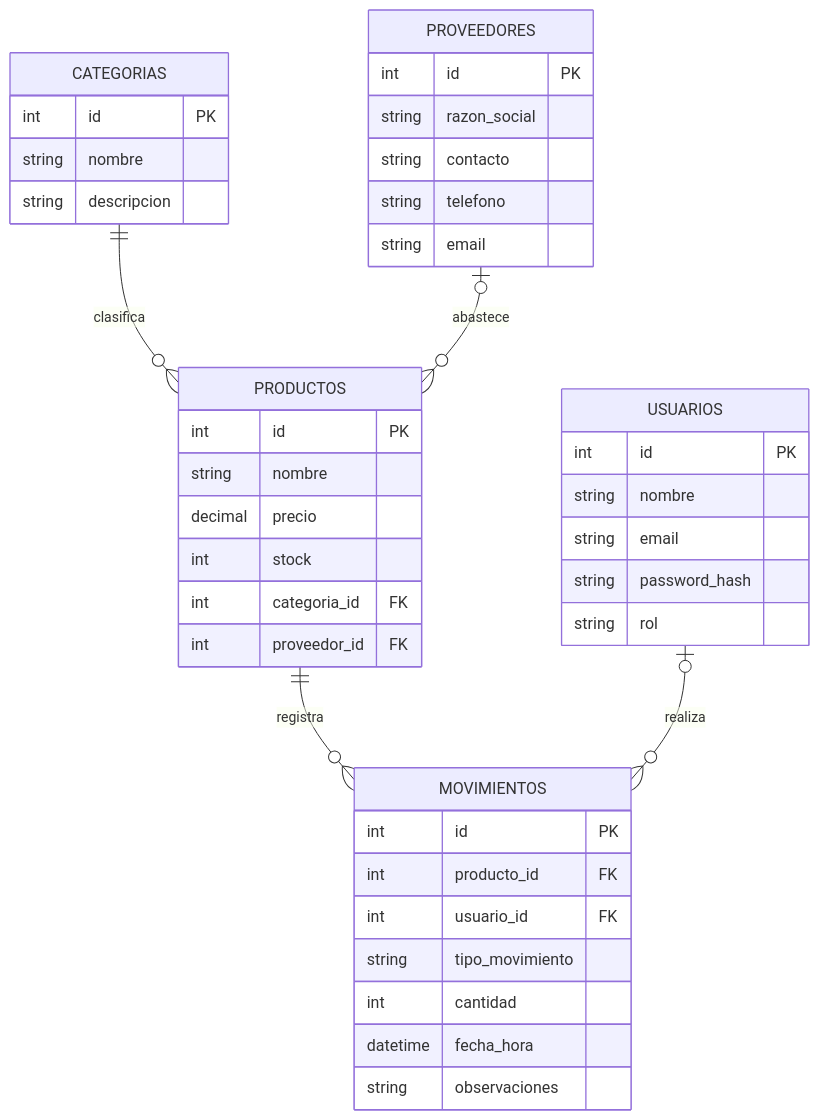
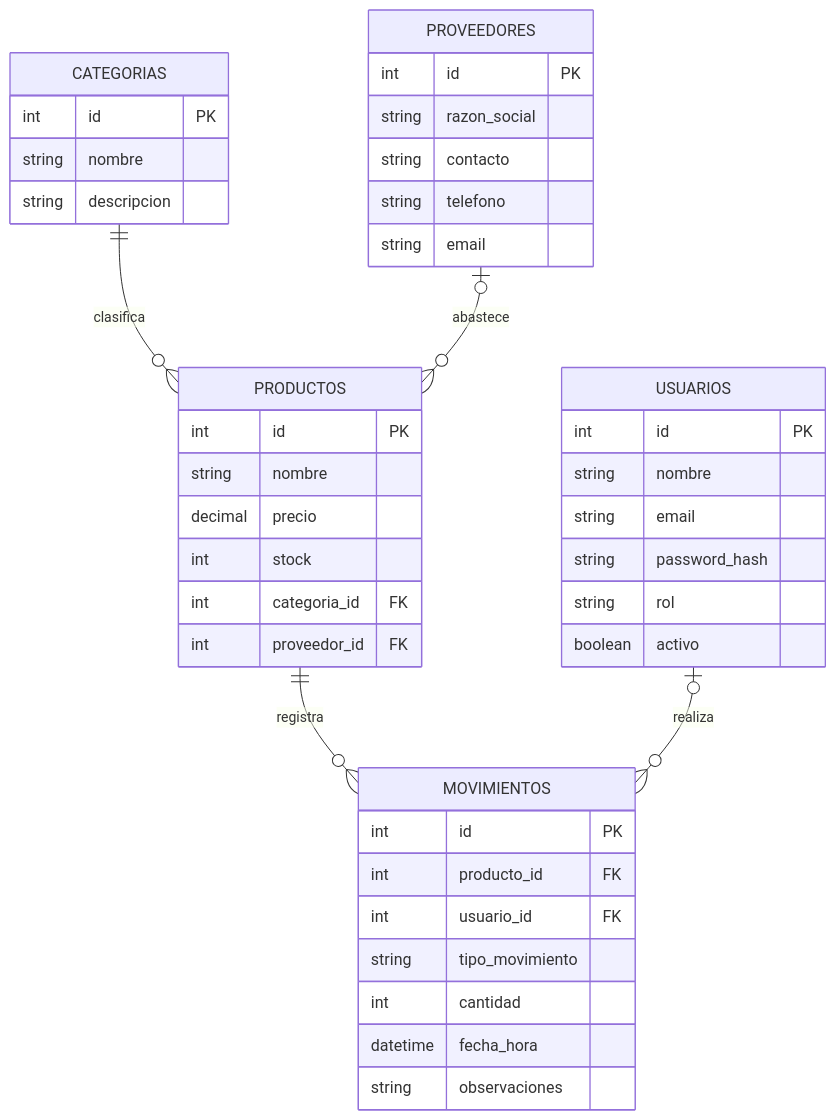
One commit to 15dragones/miApi- changed the diagram in README.md. Above: the diagram before and after it, drawn with Mermaid. The commit also changed other lines of this file and 8 other files, not shown here.

````diff
--- a/README.md
+++ b/README.md
@@ -40,44 +60,45 @@
 ```mermaid
 erDiagram
     CATEGORIAS ||--o{ PRODUCTOS : clasifica
     PROVEEDORES o|--o{ PRODUCTOS : abastece
     PRODUCTOS ||--o{ MOVIMIENTOS : registra
     USUARIOS o|--o{ MOVIMIENTOS : realiza
 
     CATEGORIAS {
         int id PK
         string nombre
         string descripcion
     }
     PROVEEDORES {
         int id PK
         string razon_social
         string contacto
         string telefono
         string email
     }
     PRODUCTOS {
         int id PK
         string nombre
         decimal precio
         int stock
         int categoria_id FK
         int proveedor_id FK
     }
     USUARIOS {
         int id PK
         string nombre
         string email
         string password_hash
         string rol
+        boolean activo
     }
     MOVIMIENTOS {
         int id PK
         int producto_id FK
         int usuario_id FK
         string tipo_movimiento
         int cantidad
         datetime fecha_hora
         string observaciones
     }
 ```
````
